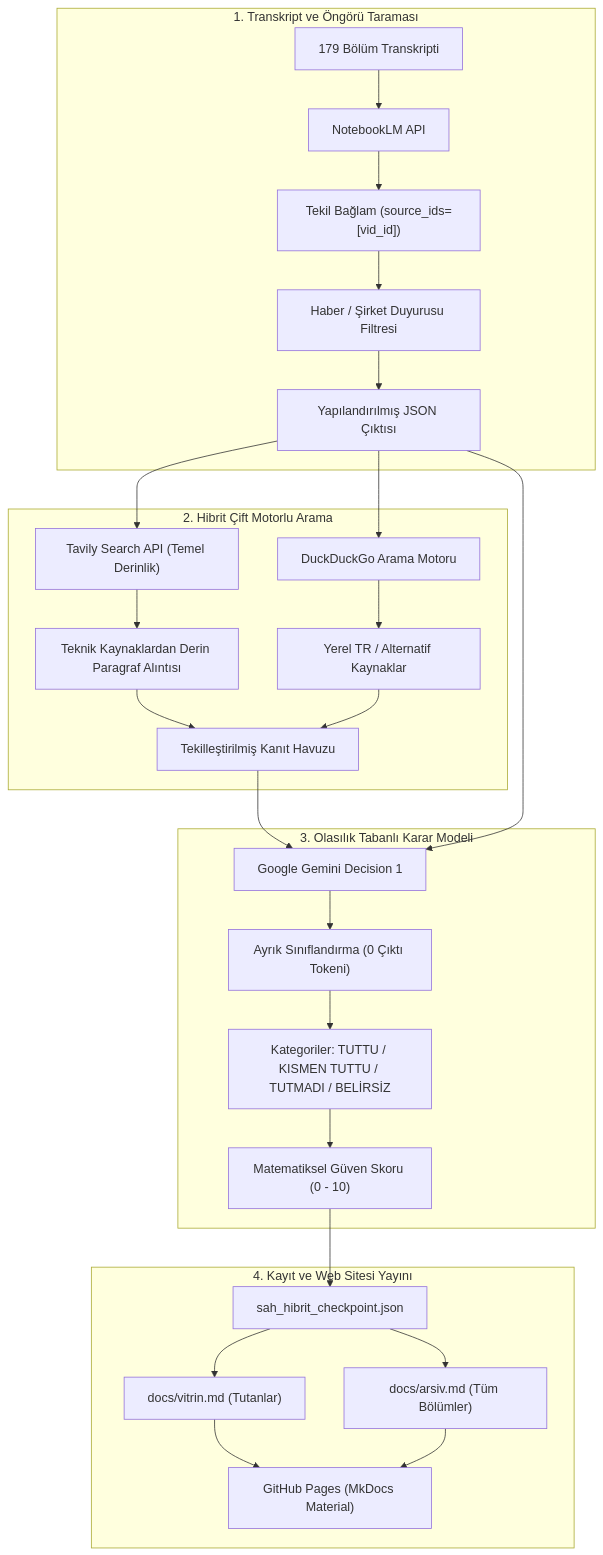
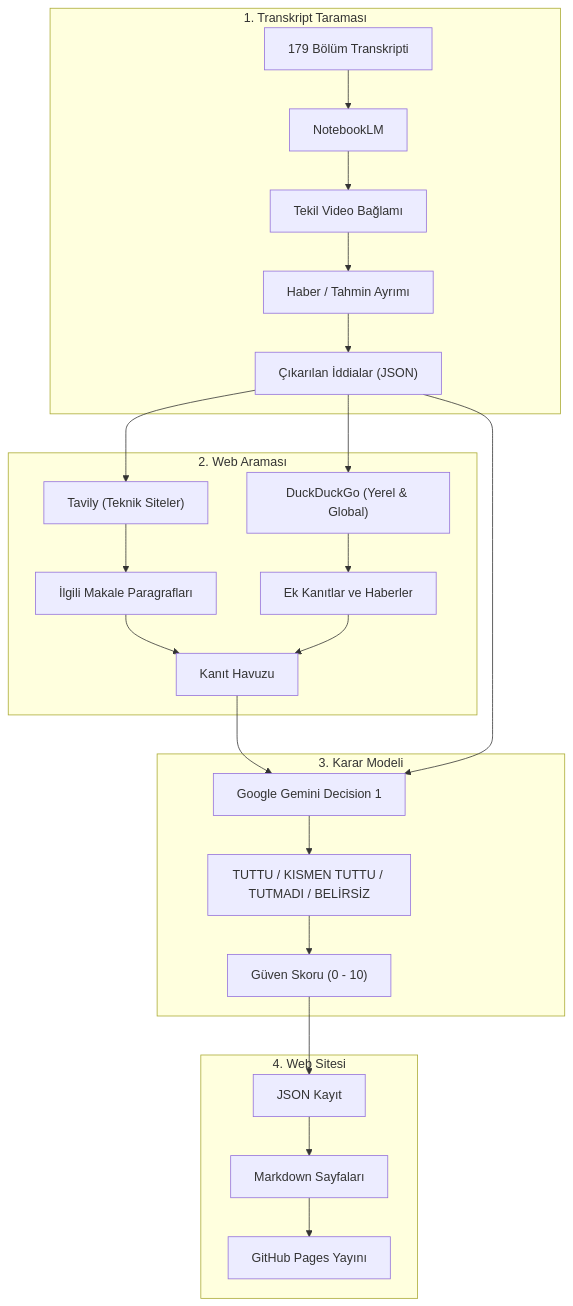
The diagram in README.md (ytalharabaci/sah-ongoru-analizi), drawn with Mermaid before and after one commit. The commit also changed other lines of this file and 8 other files, not shown here.

Commit message:
style: tüm dokümanlar ve web sayfaları noktalı virgülsüz doğal Türkçeye uyarlandı

````diff
--- a/README.md
+++ b/README.md
@@ -15,34 +16,31 @@
 ```mermaid
 flowchart TD
-    subgraph S1["1. Transkript ve Öngörü Taraması"]
-        A1["179 Bölüm Transkripti"] --> A2["NotebookLM API"]
-        A2 --> A3["Tekil Bağlam (source_ids=[vid_id])"]
-        A3 --> A4["Haber / Şirket Duyurusu Filtresi"]
-        A4 --> A5["Yapılandırılmış JSON Çıktısı"]
+    subgraph S1["1. Transkript Taraması"]
+        A1["179 Bölüm Transkripti"] --> A2["NotebookLM"]
+        A2 --> A3["Tekil Video Bağlamı"]
+        A3 --> A4["Haber / Tahmin Ayrımı"]
+        A4 --> A5["Çıkarılan İddialar (JSON)"]
     end
 
-    subgraph S2["2. Hibrit Çift Motorlu Arama"]
-        A5 --> B1["Tavily Search API (Temel Derinlik)"]
-        A5 --> B2["DuckDuckGo Arama Motoru"]
-        B1 --> B3["Teknik Kaynaklardan Derin Paragraf Alıntısı"]
-        B2 --> B4["Yerel TR / Alternatif Kaynaklar"]
-        B3 --> B5["Tekilleştirilmiş Kanıt Havuzu"]
+    subgraph S2["2. Web Araması"]
+        A5 --> B1["Tavily (Teknik Siteler)"]
+        A5 --> B2["DuckDuckGo (Yerel & Global)"]
+        B1 --> B3["İlgili Makale Paragrafları"]
+        B2 --> B4["Ek Kanıtlar ve Haberler"]
+        B3 --> B5["Kanıt Havuzu"]
         B4 --> B5
     end
 
-    subgraph S3["3. Olasılık Tabanlı Karar Modeli"]
+    subgraph S3["3. Karar Modeli"]
         B5 --> C1["Google Gemini Decision 1"]
         A5 --> C1
-        C1 --> C2["Ayrık Sınıflandırma (0 Çıktı Tokeni)"]
-        C2 --> C3["Kategoriler: TUTTU / KISMEN TUTTU / TUTMADI / BELİRSİZ"]
-        C3 --> C4["Matematiksel Güven Skoru (0 - 10)"]
+        C1 --> C2["TUTTU / KISMEN TUTTU / TUTMADI / BELİRSİZ"]
+        C2 --> C3["Güven Skoru (0 - 10)"]
     end
 
-    subgraph S4["4. Kayıt ve Web Sitesi Yayını"]
-        C4 --> D1["sah_hibrit_checkpoint.json"]
-        D1 --> D2["docs/vitrin.md (Tutanlar)"]
-        D1 --> D3["docs/arsiv.md (Tüm Bölümler)"]
-        D2 --> D4["GitHub Pages (MkDocs Material)"]
-        D3 --> D4
+    subgraph S4["4. Web Sitesi"]
+        C3 --> D1["JSON Kayıt"]
+        D1 --> D2["Markdown Sayfaları"]
+        D2 --> D3["GitHub Pages Yayını"]
     end
 ```
````
